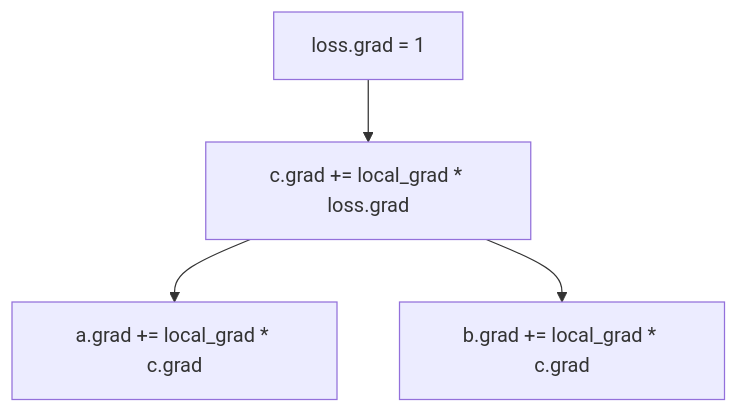
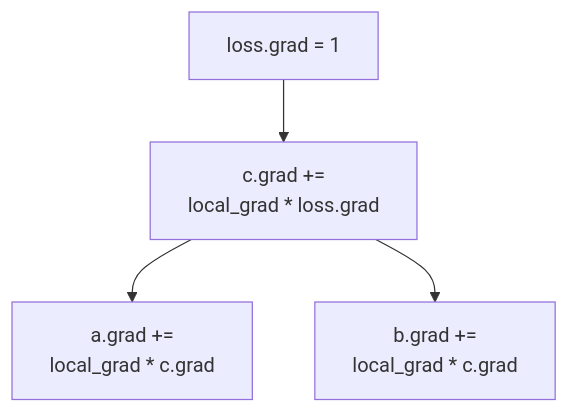
One commit to danilop/micro-gpt-and-beyond changed the diagram in walk-the-code/diagrams/autograd_backward.mmd. Above: the diagram before and after it, drawn with Mermaid. The commit also changed 59 other files, not shown here.

Commit message:
Improve lab diagrams and mappings

```diff
--- a/walk-the-code/diagrams/autograd_backward.mmd
+++ b/walk-the-code/diagrams/autograd_backward.mmd
@@ -1,4 +1,4 @@
 graph TD
-    loss[loss.grad = 1] --> c[c.grad += local_grad * loss.grad]
-    c --> a[a.grad += local_grad * c.grad]
-    c --> b[b.grad += local_grad * c.grad]
+    loss["loss.grad = 1"] --> c["c.grad +=<br/>local_grad * loss.grad"]
+    c --> a["a.grad +=<br/>local_grad * c.grad"]
+    c --> b["b.grad +=<br/>local_grad * c.grad"]
```
